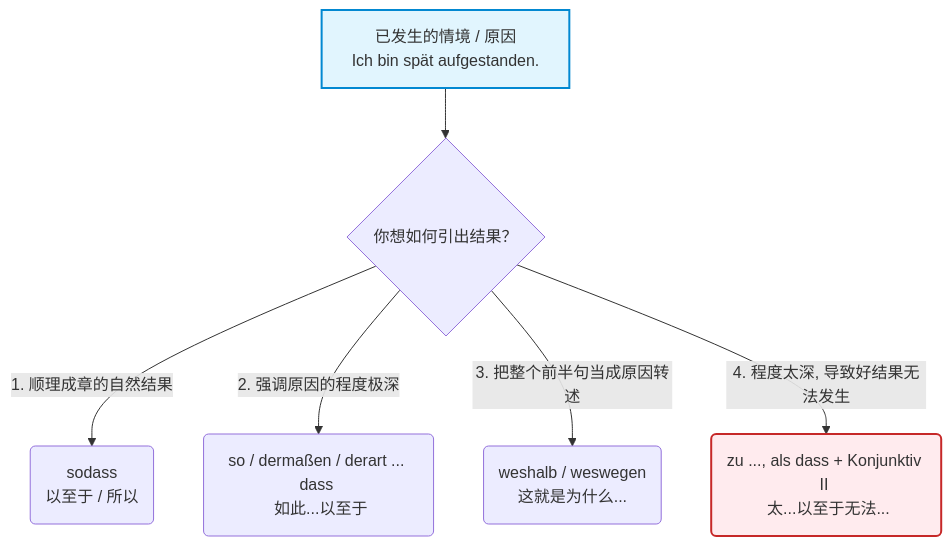
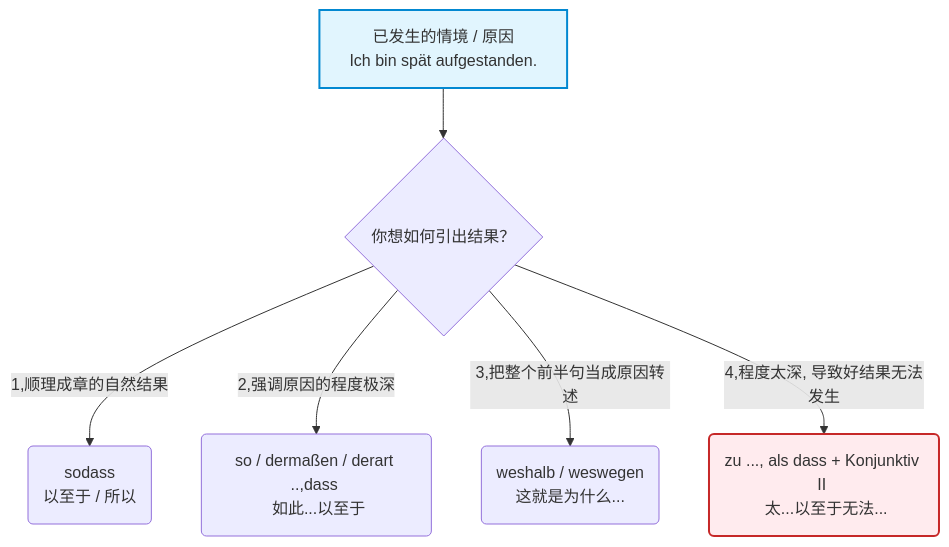
Before and after one commit to tanghaochen/Ideologie_und_Politik_obsidian: the diagram in 语言学习/德语/公共知识语法/10句型/从句合集/结果状语从句 sodass,weshalb,dermafsen ..,dass.md, drawn with Mermaid. The commit also changed other lines of this file and 17 other files, not shown here.

````diff
--- a/语言学习/德语/公共知识语法/10句型/从句合集/结果状语从句 sodass,weshalb,dermafsen ..,dass.md
+++ b/语言学习/德语/公共知识语法/10句型/从句合集/结果状语从句 sodass,weshalb,dermafsen ..,dass.md
@@ -23,12 +16,12 @@
 ```mermaid
 flowchart TD
     A[已发生的情境 / 原因 \n Ich bin spät aufgestanden.] --> B{你想如何引出结果？}
     
-    B -->|1. 顺理成章的自然结果| C(sodass \n 以至于 / 所以)
-    B -->|2. 强调原因的程度极深| D(so / dermaßen / derart ... dass \n 如此...以至于)
-    B -->|3. 把整个前半句当成原因转述| E(weshalb / weswegen \n 这就是为什么...)
-    B -->|4. 程度太深, 导致好结果无法发生| F(zu ..., als dass + Konjunktiv II \n 太...以至于无法...)
+    B -->|1,顺理成章的自然结果| C(sodass \n 以至于 / 所以)
+    B -->|2,强调原因的程度极深| D(so / dermaßen / derart ..,dass \n 如此...以至于)
+    B -->|3,把整个前半句当成原因转述| E(weshalb / weswegen \n 这就是为什么...)
+    B -->|4,程度太深, 导致好结果无法发生| F(zu ..., als dass + Konjunktiv II \n 太...以至于无法...)
     
     style A fill:#e1f5fe,stroke:#0288d1,stroke-width:2px
     style F fill:#ffebee,stroke:#c62828,stroke-width:2px
 ```
````
